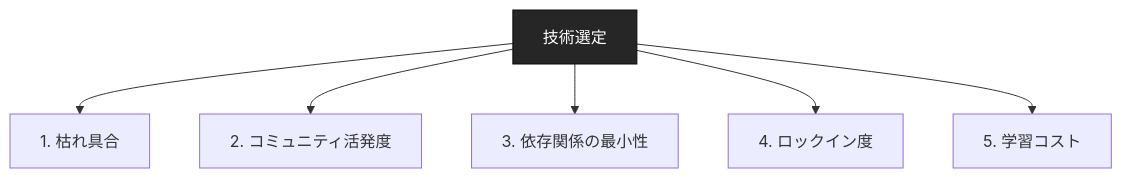
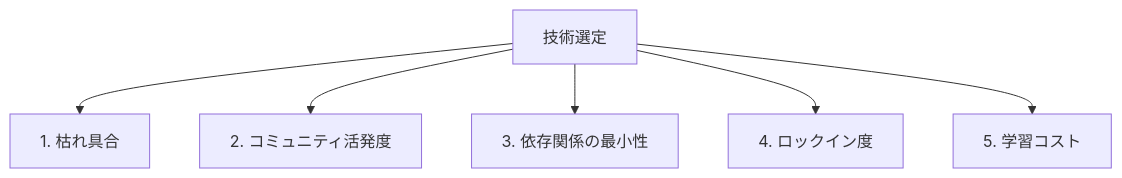
One commit to dinekt/dinekt-wiki changed the diagram in docs/concepts/技術選定の5軸評価フレームワーク.md. Above: the diagram before and after it, drawn with Mermaid. The commit also changed 70 other files, not shown here.

First line of the commit message:
fix(mermaid): strip all inline styling, rely on theme

````diff
--- a/docs/concepts/技術選定の5軸評価フレームワーク.md
+++ b/docs/concepts/技術選定の5軸評価フレームワーク.md
@@ -23,10 +23,9 @@
 ```mermaid
 flowchart TD
     Q[技術選定] --> A1[1. 枯れ具合]
     Q --> A2[2. コミュニティ活発度]
     Q --> A3[3. 依存関係の最小性]
     Q --> A4[4. ロックイン度]
     Q --> A5[5. 学習コスト]
 
-    style Q fill:#262626,color:#fff,stroke:#0a0a0a
 ```
````
